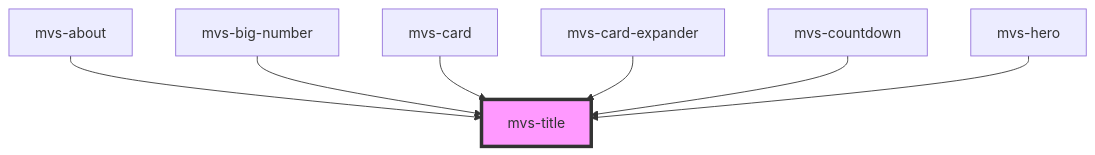
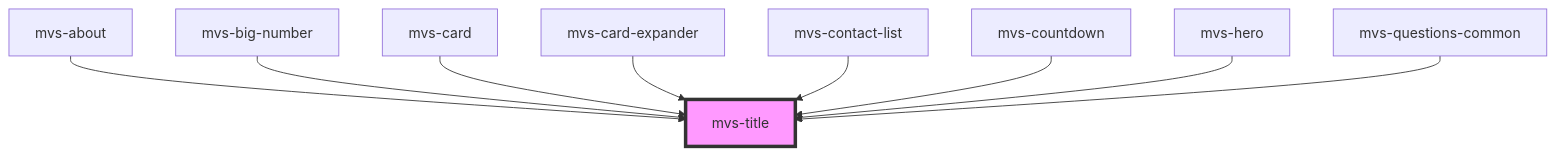
The diagram in src/components/typography/mvs-title/readme.md (rafaela-vairo/mvs-design-system), drawn with Mermaid before and after one commit. The commit also changed other lines of this file and 11 other files, not shown here.

````diff
--- a/src/components/typography/mvs-title/readme.md
+++ b/src/components/typography/mvs-title/readme.md
@@ -28,10 +30,12 @@
 ```mermaid
 graph TD;
   mvs-about --> mvs-title
   mvs-big-number --> mvs-title
   mvs-card --> mvs-title
   mvs-card-expander --> mvs-title
+  mvs-contact-list --> mvs-title
   mvs-countdown --> mvs-title
   mvs-hero --> mvs-title
+  mvs-questions-common --> mvs-title
   style mvs-title fill:#f9f,stroke:#333,stroke-width:4px
 ```
````
